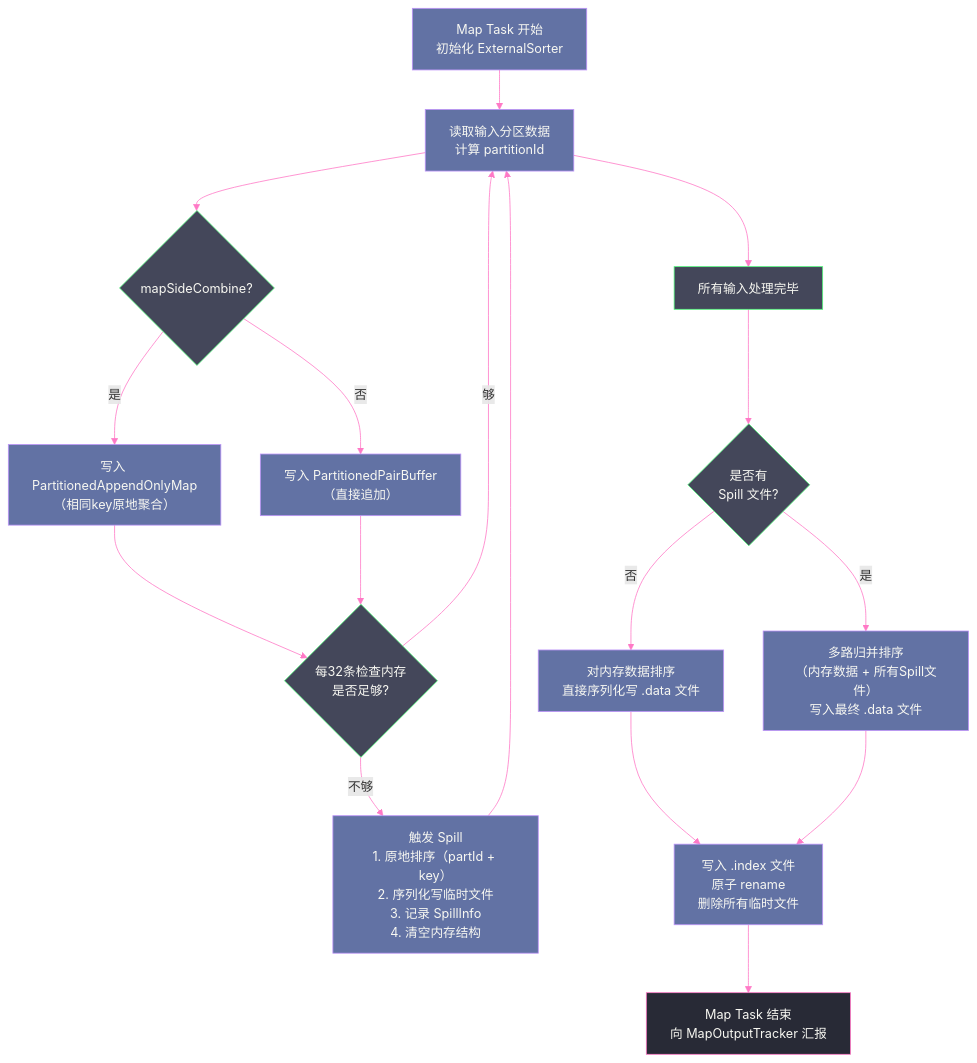
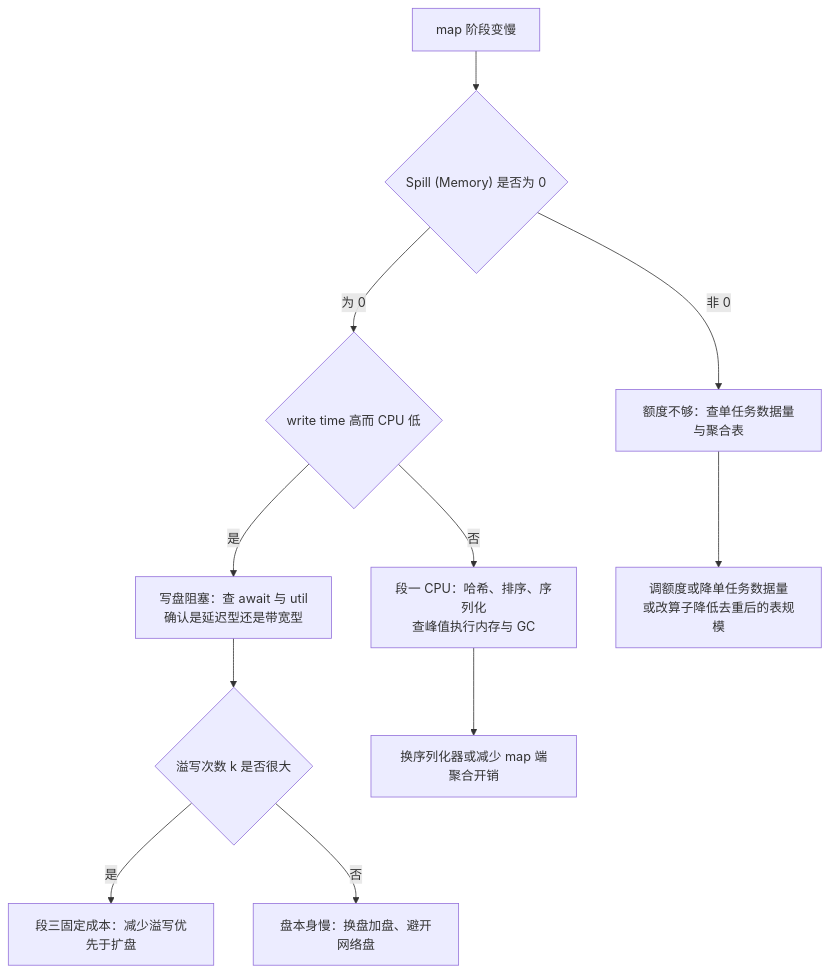
Before and after one commit to hpliStartAgain/my-brain: the fifth of 6 diagrams in content/大数据/Spark/Spark-Shuffle与内存管理机制深度解析/04 Shuffle Write 深度解剖：排序、合并与索引文件.md, drawn with Mermaid. The commit also changed other lines of this file and 455 other files, not shown here.

````diff
--- a/content/大数据/Spark/Spark-Shuffle与内存管理机制深度解析/04 Shuffle Write 深度解剖：排序、合并与索引文件.md
+++ b/content/大数据/Spark/Spark-Shuffle与内存管理机制深度解析/04 Shuffle Write 深度解剖：排序、合并与索引文件.md
@@ -398,28 +260,14 @@
 ```mermaid
-%%{init: {"theme": "dracula", "themeVariables": {"primaryColor": "#6272a4", "primaryTextColor": "#f8f8f2", "primaryBorderColor": "#bd93f9", "lineColor": "#ff79c6", "secondaryColor": "#44475a", "tertiaryColor": "#282a36"}}}%%
-graph TD
-    A["Map Task 开始</br>初始化 ExternalSorter"] --> B["读取输入分区数据</br>计算 partitionId"]
-    B --> C{"mapSideCombine?"}
-    C -- "是" --> D["写入 PartitionedAppendOnlyMap</br>（相同key原地聚合）"]
-    C -- "否" --> E["写入 PartitionedPairBuffer</br>（直接追加）"]
-    D --> F{"每32条检查内存</br>是否足够?"}
-    E --> F
-    F -- "够" --> B
-    F -- "不够" --> G["触发 Spill</br>1. 原地排序（partId + key）</br>2. 序列化写临时文件</br>3. 记录 SpillInfo</br>4. 清空内存结构"]
-    G --> B
-    B --> H["所有输入处理完毕"]
-    H --> I{"是否有</br>Spill 文件?"}
-    I -- "否" --> J["对内存数据排序</br>直接序列化写 .data 文件"]
-    I -- "是" --> K["多路归并排序</br>（内存数据 + 所有Spill文件）</br>写入最终 .data 文件"]
-    J --> L["写入 .index 文件</br>原子 rename</br>删除所有临时文件"]
-    K --> L
-    L --> M["Map Task 结束</br>向 MapOutputTracker 汇报"]
-
-    classDef process fill:#6272a4,stroke:#bd93f9,color:#f8f8f2
-    classDef decision fill:#44475a,stroke:#50fa7b,color:#f8f8f2
-    classDef terminal fill:#282a36,stroke:#ff79c6,color:#f8f8f2
-
-    class A,B,D,E,G,J,K,L process
-    class C,F,H,I decision
-    class M terminal
+%%{init: {'theme': 'dracula'}}%%
+flowchart TD
+    A["map 阶段变慢"] --> B{"Spill (Memory) 是否为 0"}
+    B -- "为 0" --> C{"write time 高而 CPU 低"}
+    C -- "是" --> D["写盘阻塞：查 await 与 util<br/>确认是延迟型还是带宽型"]
+    C -- "否" --> E["段一 CPU：哈希、排序、序列化<br/>查峰值执行内存与 GC"]
+    B -- "非 0" --> F["额度不够：查单任务数据量与聚合表"]
+    F --> G["调额度或降单任务数据量<br/>或改算子降低去重后的表规模"]
+    D --> H{"溢写次数 k 是否很大"}
+    H -- "是" --> I["段三固定成本：减少溢写优先于扩盘"]
+    H -- "否" --> J["盘本身慢：换盘加盘、避开网络盘"]
+    E --> K["换序列化器或减少 map 端聚合开销"]
 ```
````
